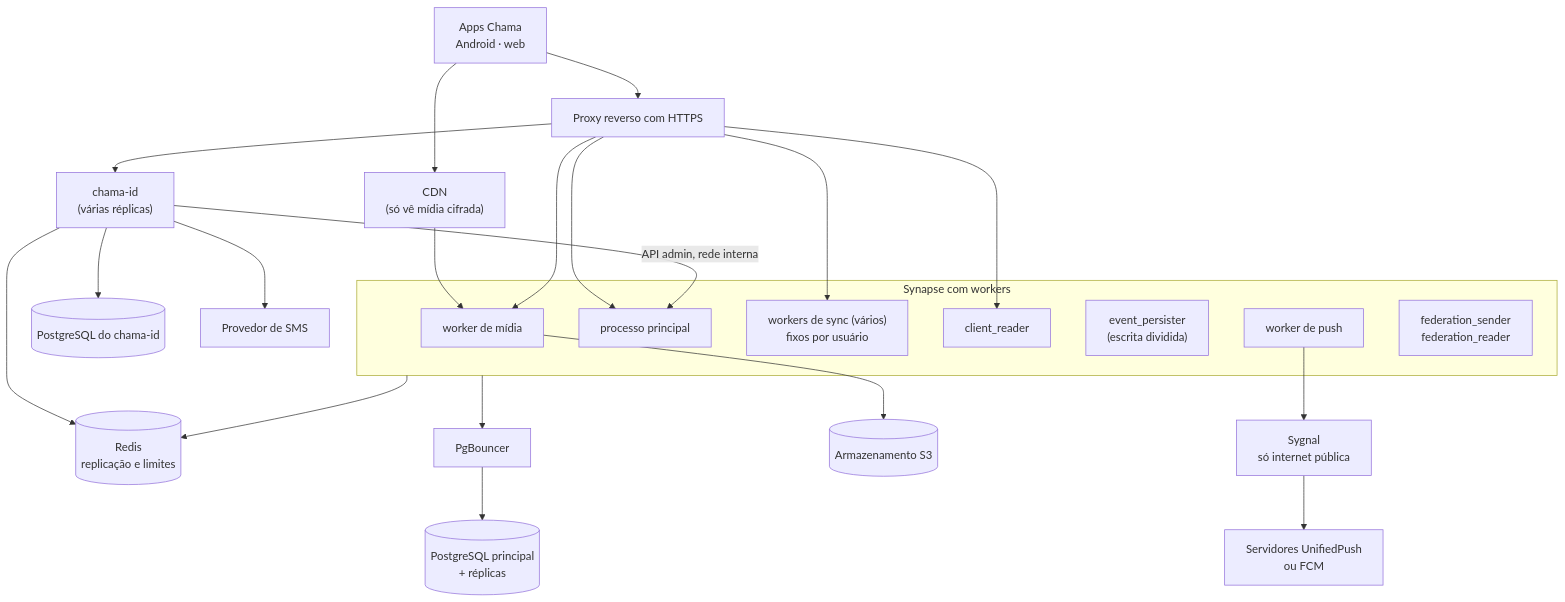
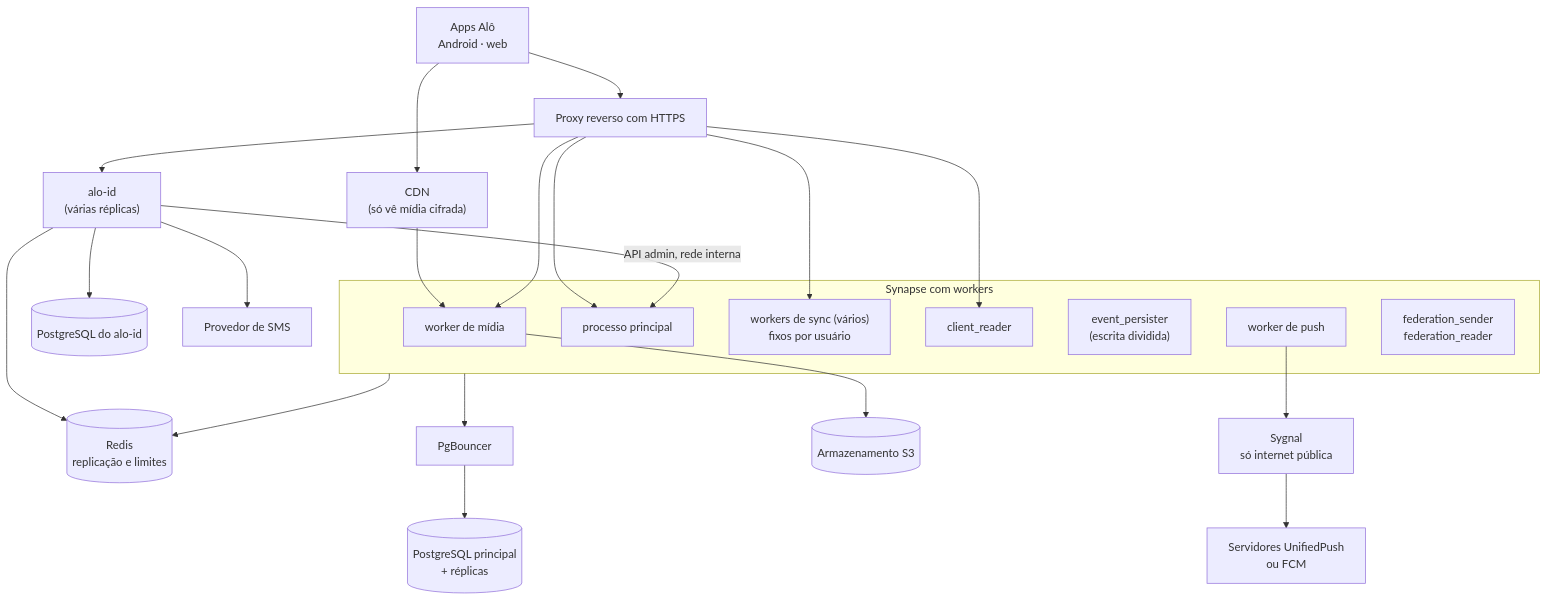
The first of 3 diagrams in docs/operacao.md (kaiomp/alo), drawn with Mermaid before and after one commit. The commit also changed other lines of this file and 153 other files, not shown here.

First line of the commit message:
Rename chama to alo across code, packages, server and docs

````diff
--- a/docs/operacao.md
+++ b/docs/operacao.md
@@ -56,32 +56,32 @@
 ```mermaid
 flowchart TB
-    users["Apps Chama<br/>Android · web"]
+    users["Apps Alô<br/>Android · web"]
     cdn["CDN<br/>(só vê mídia cifrada)"]
     proxy["Proxy reverso com HTTPS"]
     users --> proxy
     users --> cdn
     cdn --> media
     subgraph synapse["Synapse com workers"]
         main["processo principal"]
         sync["workers de sync (vários)<br/>fixos por usuário"]
         reader["client_reader"]
         writer["event_persister<br/>(escrita dividida)"]
         media["worker de mídia"]
         pusher["worker de push"]
         fed["federation_sender<br/>federation_reader"]
     end
     proxy --> sync
     proxy --> reader
     proxy --> main
     proxy --> media
-    proxy --> chamaid["chama-id<br/>(várias réplicas)"]
-    chamaid -- "API admin, rede interna" --> main
-    chamaid --> idpg[("PostgreSQL do chama-id")]
-    chamaid --> redis
+    proxy --> aloid["alo-id<br/>(várias réplicas)"]
+    aloid -- "API admin, rede interna" --> main
+    aloid --> idpg[("PostgreSQL do alo-id")]
+    aloid --> redis
     synapse --> redis[("Redis<br/>replicação e limites")]
     synapse --> bouncer["PgBouncer"] --> pg[("PostgreSQL principal<br/>+ réplicas")]
     media --> s3[("Armazenamento S3")]
     pusher --> sygnal["Sygnal<br/>só internet pública"]
     sygnal --> pushsrv["Servidores UnifiedPush<br/>ou FCM"]
-    chamaid --> sms["Provedor de SMS"]
+    aloid --> sms["Provedor de SMS"]
 ```
````
